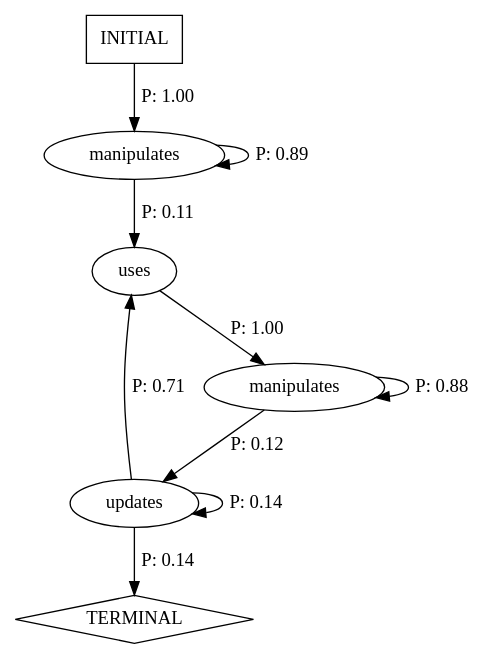
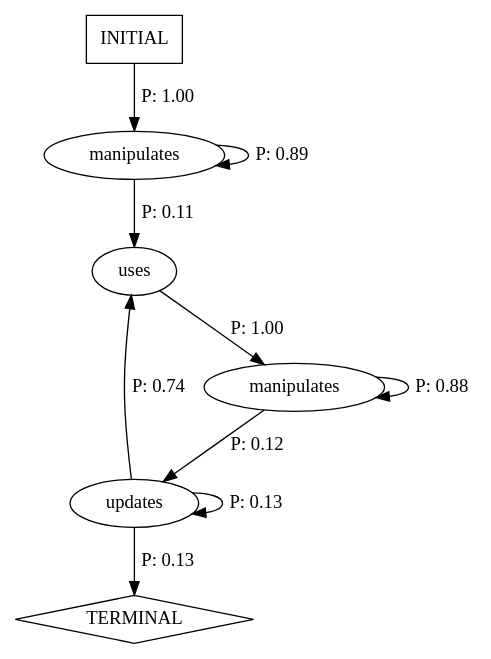
One commit to ZephyrusLiu/cs520 changed the diagram in tictactoe-v02/rowGameApp-arch.dot. Above: the diagram before and after it, drawn with Graphviz. The commit also changed 3 other files, not shown here.

```diff
--- a/tictactoe-v02/rowGameApp-arch.dot
+++ b/tictactoe-v02/rowGameApp-arch.dot
@@ -1,17 +1,17 @@
 digraph G {
   0 [label="manipulates"];
   1 [label="manipulates"];
   2 [label="updates"];
   3 [label="uses"];
   4 [label="TERMINAL",shape=diamond];
   5 [label="INITIAL",shape=box];
 0->0 [label="P: 0.89"];
 0->3 [label="P: 0.11"];
 1->1 [label="P: 0.88"];
 1->2 [label="P: 0.12"];
-2->2 [label="P: 0.14"];
-2->3 [label="P: 0.71"];
-2->4 [label="P: 0.14"];
+2->2 [label="P: 0.13"];
+2->3 [label="P: 0.74"];
+2->4 [label="P: 0.13"];
 3->1 [label="P: 1.00"];
 5->0 [label="P: 1.00"];
 }
```
